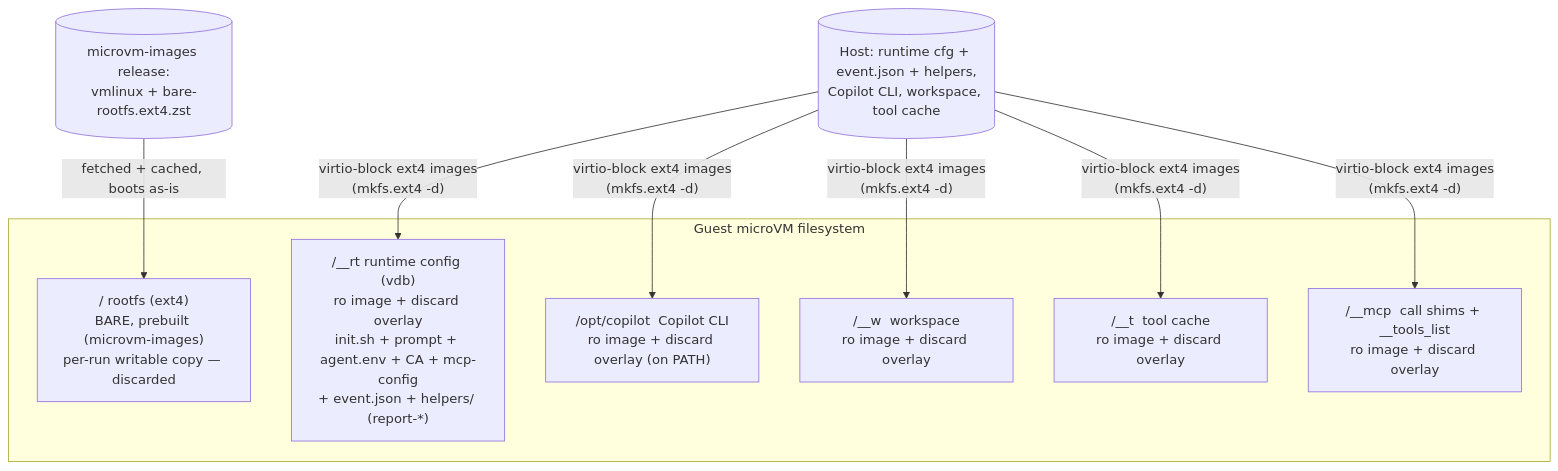
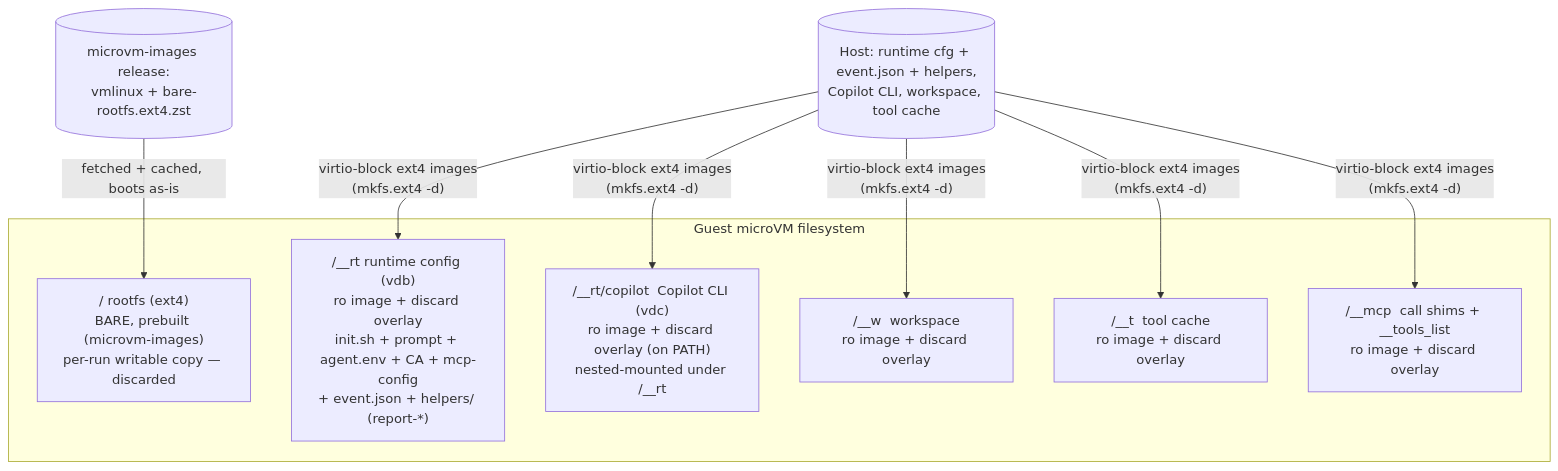
The sixth of 7 diagrams in docs/architecture.md (ericsciple/microvm-agent), drawn with Mermaid before and after one commit. The commit also changed other lines of this file and 5 other files, not shown here.

First line of the commit message:
Nest Copilot under /__rt/copilot and rename the /__mcp drive to mcp-shims

````diff
--- a/docs/architecture.md
+++ b/docs/architecture.md
@@ -237,13 +237,13 @@
 ```mermaid
 flowchart TB
   subgraph VM["Guest microVM filesystem"]
     ROOT["/ rootfs (ext4)<br/>BARE, prebuilt (microvm-images)<br/>per-run writable copy — discarded"]
     RT["/__rt runtime config (vdb)<br/>ro image + discard overlay<br/>init.sh + prompt + agent.env + CA + mcp-config<br/>+ event.json + helpers/ (report-*)"]
-    CP["/opt/copilot  Copilot CLI<br/>ro image + discard overlay (on PATH)"]
+    CP["/__rt/copilot  Copilot CLI (vdc)<br/>ro image + discard overlay (on PATH)<br/>nested-mounted under /__rt"]
     W["/__w  workspace<br/>ro image + discard overlay"]
     T["/__t  tool cache<br/>ro image + discard overlay"]
     MCP["/__mcp  call shims + __tools_list<br/>ro image + discard overlay"]
   end
   IMAGES[("microvm-images release:<br/>vmlinux + bare-rootfs.ext4.zst")] -->|fetched + cached, boots as-is| ROOT
   HOSTFS[("Host: runtime cfg + event.json + helpers,<br/>Copilot CLI, workspace, tool cache")] -->|"virtio-block ext4 images<br/>(mkfs.ext4 -d)"| RT & CP & W & T & MCP
 ```
````
